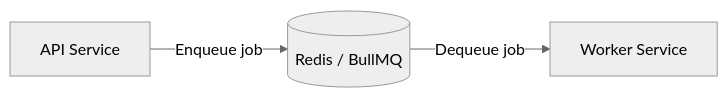
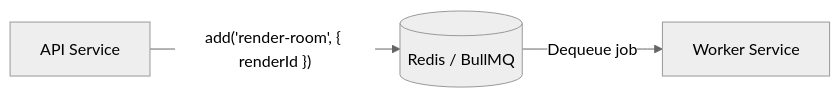
Before and after one commit to giovanizaghi/3d-room-platform: the diagram in docs/architecture/04-queue.md, drawn with Mermaid (neutral theme). The commit also changed other lines of this file and 5 other files, not shown here.

````diff
--- a/docs/architecture/04-queue.md
+++ b/docs/architecture/04-queue.md
@@ -20,9 +36,9 @@
 ```mermaid
 flowchart LR
     API[API Service]
     Redis[(Redis / BullMQ)]
     Worker[Worker Service]
 
-    API -->|Enqueue job| Redis
+    API -->|"add('render-room', { renderId })"| Redis
     Redis -->|Dequeue job| Worker
 ```
````
